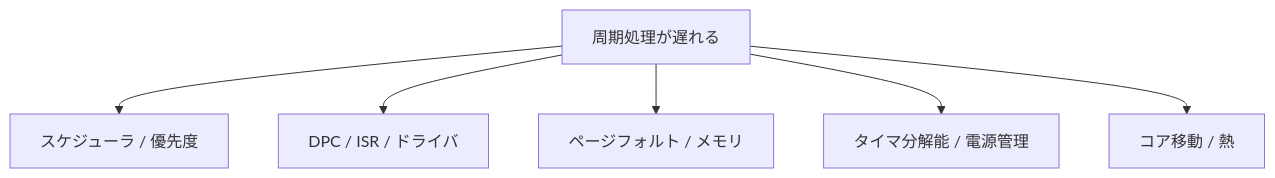
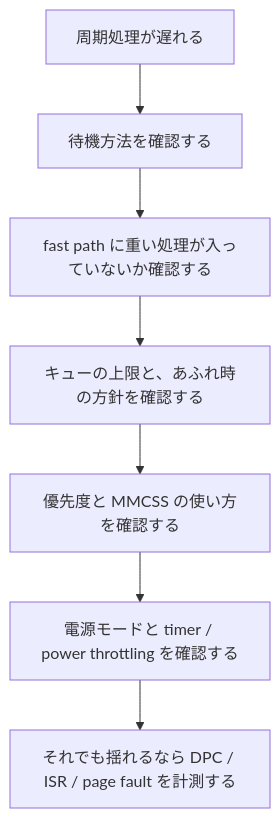
One commit to gomurin0428/KomuraSoftWeb changed the second of 7 diagrams in _posts/2026-03-09-000-windows-soft-realtime-practical-guide-natural.md. Above: the diagram before and after it, drawn with Mermaid. The commit also changed other lines of this file, not shown here.

````diff
--- a/_posts/2026-03-09-000-windows-soft-realtime-practical-guide-natural.md
+++ b/_posts/2026-03-09-000-windows-soft-realtime-practical-guide-natural.md
@@ -139,8 +164,9 @@
 ```mermaid
-flowchart TD
-    Late["周期処理が遅れる"] --> S["スケジューラ / 優先度"]
-    Late --> D["DPC / ISR / ドライバ"]
-    Late --> M["ページフォルト / メモリ"]
-    Late --> T["タイマ分解能 / 電源管理"]
-    Late --> C["コア移動 / 熱"]
+flowchart TB
+    start["周期処理が遅れる"] --> c1["待機方法を確認する"]
+    c1 --> c2["fast path に重い処理が入っていないか確認する"]
+    c2 --> c3["キューの上限と、あふれ時の方針を確認する"]
+    c3 --> c4["優先度と MMCSS の使い方を確認する"]
+    c4 --> c5["電源モードと timer / power throttling を確認する"]
+    c5 --> c6["それでも揺れるなら DPC / ISR / page fault を計測する"]
 ```
````
